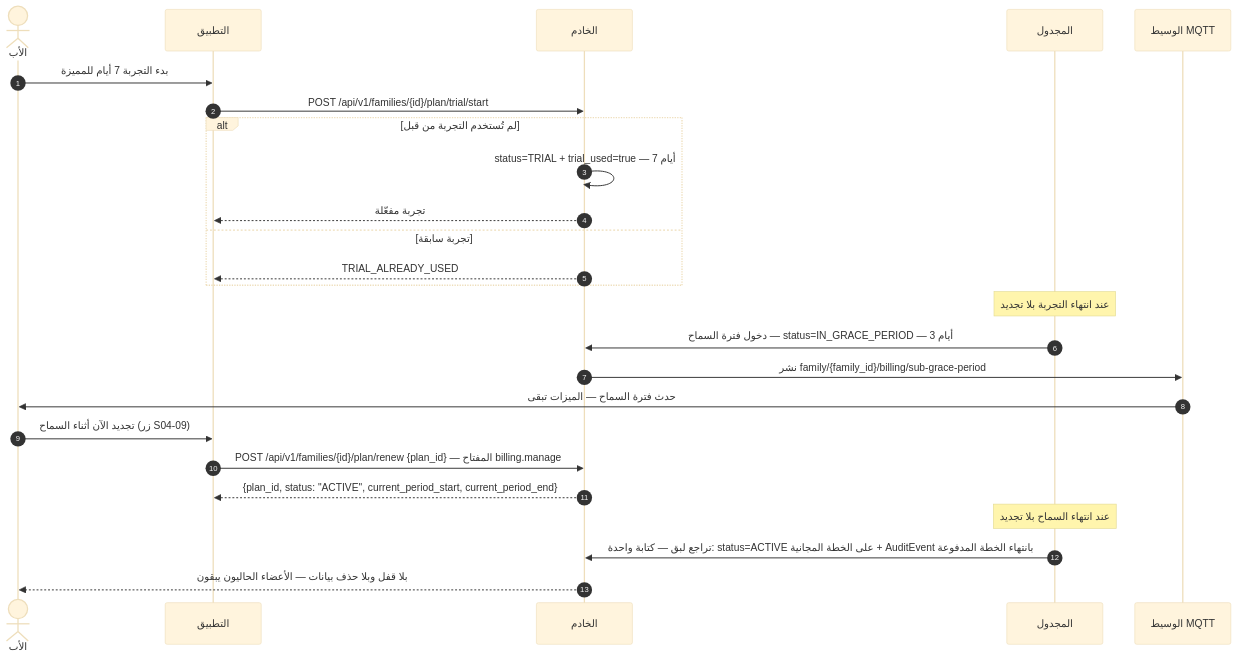
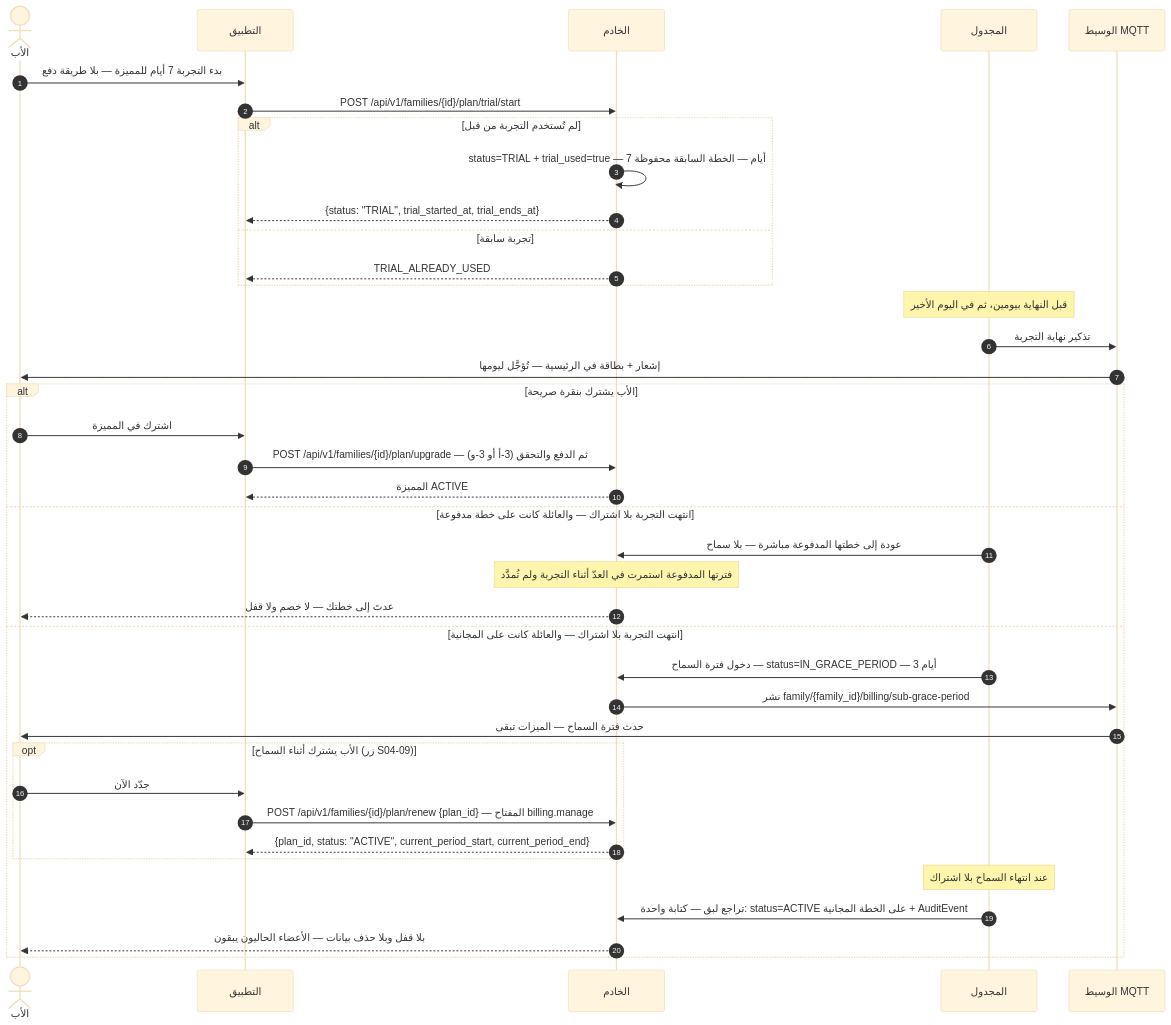
Before and after one commit to Bassam-mohammed-alqaeadi/family-os-v2: the fifth of 13 diagrams in docs/family-os/governance/phases/phase-1/S1-04-plans-and-subscriptions/DIAGRAMS.md, drawn with Mermaid (base theme). The commit also changed other lines of this file and 22 other files, not shown here.

First line of the commit message:
docs(phase-1): redraw diagrams of the ten systems on the approved design (Q-428)

````diff
--- a/docs/family-os/governance/phases/phase-1/S1-04-plans-and-subscriptions/DIAGRAMS.md
+++ b/docs/family-os/governance/phases/phase-1/S1-04-plans-and-subscriptions/DIAGRAMS.md
@@ -263,27 +271,41 @@
 ```mermaid
 sequenceDiagram
     autonumber
     actor Father as الأب
     participant App as التطبيق
     participant Ktor as الخادم
     participant Sched as المجدول
     participant Broker as الوسيط MQTT
-    Father->>App: بدء التجربة 7 أيام للمميزة
+    Father->>App: بدء التجربة 7 أيام للمميزة — بلا طريقة دفع
     App->>Ktor: POST /api/v1/families/{id}/plan/trial/start
     alt لم تُستخدم التجربة من قبل
-        Ktor->>Ktor: status=TRIAL + trial_used=true — 7 أيام
-        Ktor-->>App: تجربة مفعّلة
+        Ktor->>Ktor: status=TRIAL + trial_used=true — 7 أيام — الخطة السابقة محفوظة
+        Ktor-->>App: {status: "TRIAL", trial_started_at, trial_ends_at}
     else تجربة سابقة
         Ktor-->>App: TRIAL_ALREADY_USED
     end
-    Note over Sched: عند انتهاء التجربة بلا تجديد
-    Sched->>Ktor: دخول فترة السماح — status=IN_GRACE_PERIOD — 3 أيام
-    Ktor->>Broker: نشر family/{family_id}/billing/sub-grace-period
-    Broker->>Father: حدث فترة السماح — الميزات تبقى
-    Father->>App: تجديد الآن أثناء السماح (زر S04-09)
-    App->>Ktor: POST /api/v1/families/{id}/plan/renew {plan_id} — المفتاح billing.manage
-    Ktor-->>App: {plan_id, status: "ACTIVE", current_period_start, current_period_end}
-    Note over Sched: عند انتهاء السماح بلا تجديد
-    Sched->>Ktor: تراجع لبق — كتابة واحدة: status=ACTIVE على الخطة المجانية + AuditEvent بانتهاء الخطة المدفوعة
-    Ktor-->>Father: بلا قفل وبلا حذف بيانات — الأعضاء الحاليون يبقون
+    Note over Sched: قبل النهاية بيومين، ثم في اليوم الأخير
+    Sched->>Broker: تذكير نهاية التجربة
+    Broker->>Father: إشعار + بطاقة في الرئيسية — تُؤجَّل ليومها
+    alt الأب يشترك بنقرة صريحة
+        Father->>App: اشترك في المميزة
+        App->>Ktor: POST /api/v1/families/{id}/plan/upgrade — ثم الدفع والتحقق (3-أ أو 3-و)
+        Ktor-->>App: المميزة ACTIVE
+    else انتهت التجربة بلا اشتراك — والعائلة كانت على خطة مدفوعة
+        Sched->>Ktor: عودة إلى خطتها المدفوعة مباشرة — بلا سماح
+        Note over Ktor: فترتها المدفوعة استمرت في العدّ أثناء التجربة ولم تُمدَّد
+        Ktor-->>Father: عدتَ إلى خطتك — لا خصم ولا قفل
+    else انتهت التجربة بلا اشتراك — والعائلة كانت على المجانية
+        Sched->>Ktor: دخول فترة السماح — status=IN_GRACE_PERIOD — 3 أيام
+        Ktor->>Broker: نشر family/{family_id}/billing/sub-grace-period
+        Broker->>Father: حدث فترة السماح — الميزات تبقى
+        opt الأب يشترك أثناء السماح (زر S04-09)
+            Father->>App: جدّد الآن
+            App->>Ktor: POST /api/v1/families/{id}/plan/renew {plan_id} — المفتاح billing.manage
+            Ktor-->>App: {plan_id, status: "ACTIVE", current_period_start, current_period_end}
+        end
+        Note over Sched: عند انتهاء السماح بلا اشتراك
+        Sched->>Ktor: تراجع لبق — كتابة واحدة: status=ACTIVE على الخطة المجانية + AuditEvent
+        Ktor-->>Father: بلا قفل وبلا حذف بيانات — الأعضاء الحاليون يبقون
+    end
 ```
````
